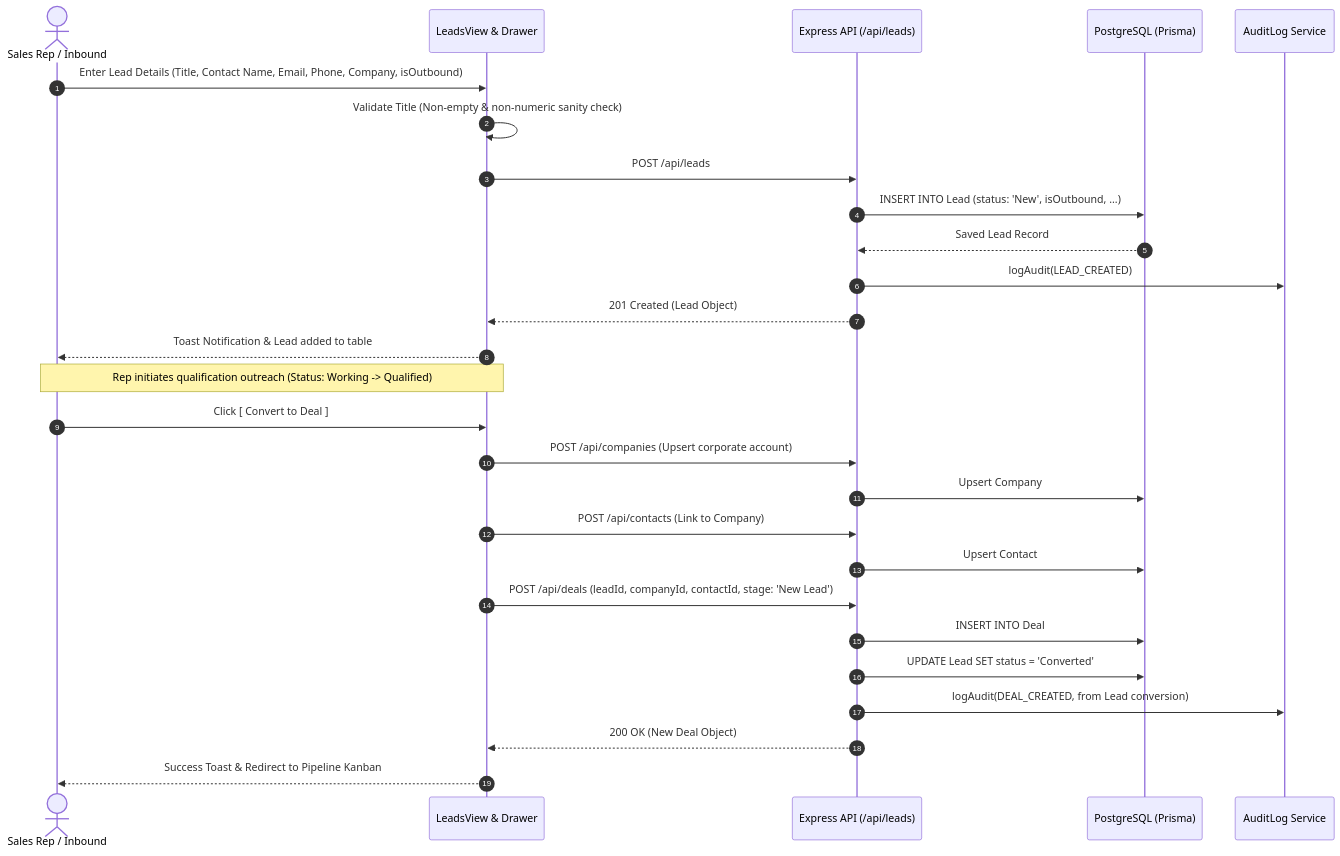
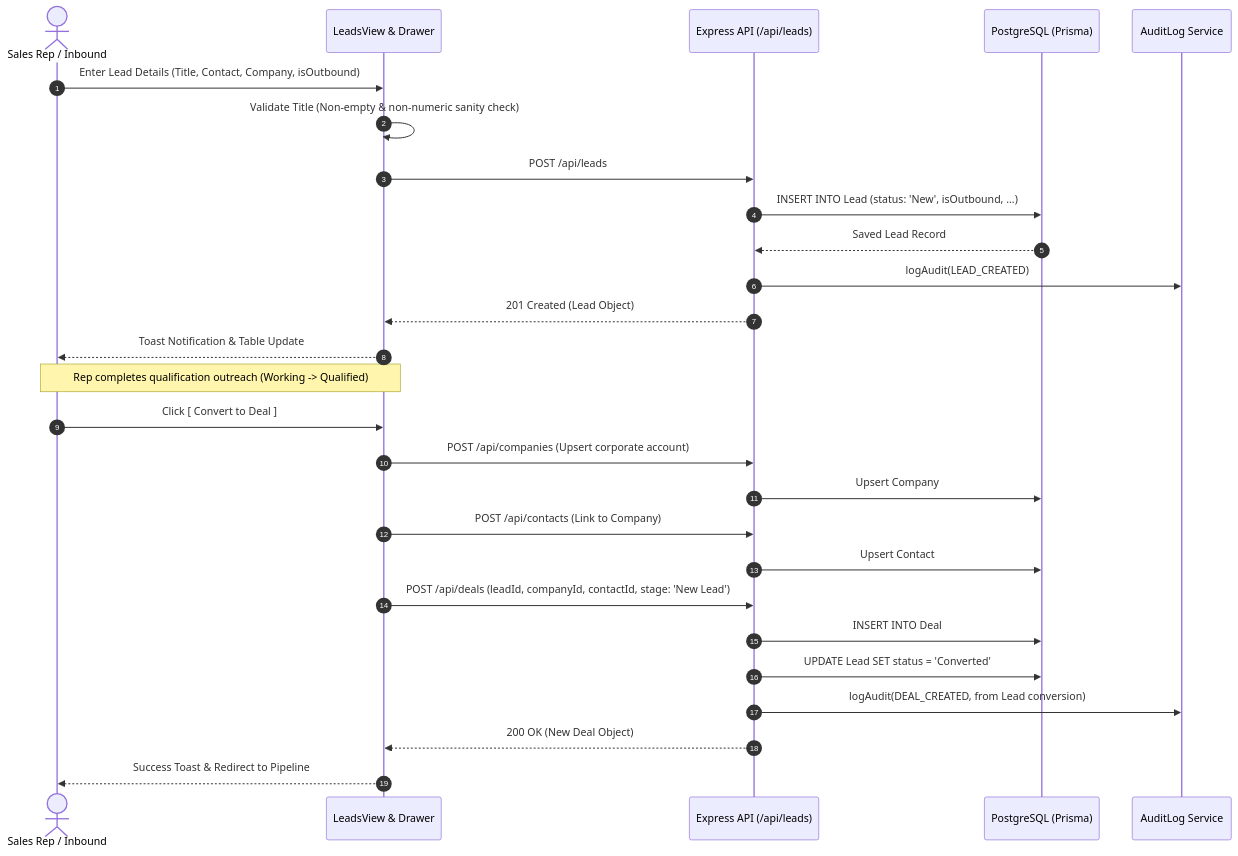
One commit to DevSolanki13/CRM-Demo changed the second of 9 diagrams in flow.md. Above: the diagram before and after it, drawn with Mermaid. The commit also changed other lines of this file and 7 other files, not shown here.

Commit message:
docs: update project documentation to reflect current architecture, features, and test suites

````diff
--- a/flow.md
+++ b/flow.md
@@ -64,32 +60,32 @@
 ```mermaid
 sequenceDiagram
     autonumber
     actor Rep as Sales Rep / Inbound
     participant UI as LeadsView & Drawer
     participant API as Express API (/api/leads)
     participant DB as PostgreSQL (Prisma)
     participant Audit as AuditLog Service
 
-    Rep->>UI: Enter Lead Details (Title, Contact Name, Email, Phone, Company, isOutbound)
+    Rep->>UI: Enter Lead Details (Title, Contact, Company, isOutbound)
     UI->>UI: Validate Title (Non-empty & non-numeric sanity check)
     UI->>API: POST /api/leads
     API->>DB: INSERT INTO Lead (status: 'New', isOutbound, ...)
     DB-->>API: Saved Lead Record
     API->>Audit: logAudit(LEAD_CREATED)
     API-->>UI: 201 Created (Lead Object)
-    UI-->>Rep: Toast Notification & Lead added to table
+    UI-->>Rep: Toast Notification & Table Update
 
-    Note over Rep,UI: Rep initiates qualification outreach (Status: Working -> Qualified)
+    Note over Rep,UI: Rep completes qualification outreach (Working -> Qualified)
 
     Rep->>UI: Click [ Convert to Deal ]
     UI->>API: POST /api/companies (Upsert corporate account)
     API->>DB: Upsert Company
     UI->>API: POST /api/contacts (Link to Company)
     API->>DB: Upsert Contact
     UI->>API: POST /api/deals (leadId, companyId, contactId, stage: 'New Lead')
     API->>DB: INSERT INTO Deal
     API->>DB: UPDATE Lead SET status = 'Converted'
     API->>Audit: logAudit(DEAL_CREATED, from Lead conversion)
     API-->>UI: 200 OK (New Deal Object)
-    UI-->>Rep: Success Toast & Redirect to Pipeline Kanban
+    UI-->>Rep: Success Toast & Redirect to Pipeline
 ```
````
